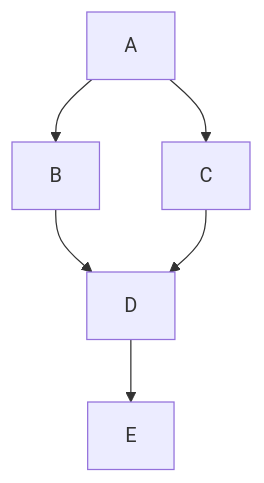
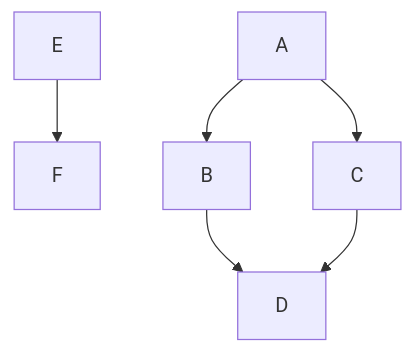
The diagram in README.md (junifar/MarkdownDocuments), drawn with Mermaid before and after one commit.

````diff
--- a/README.md
+++ b/README.md
@@ -3,8 +3,8 @@
 ```mermaid
 graph TD;
-    D-->E
+    E-->F;
     A-->B;
     A-->C;
     B-->D;
     C-->D;
 ```
````
